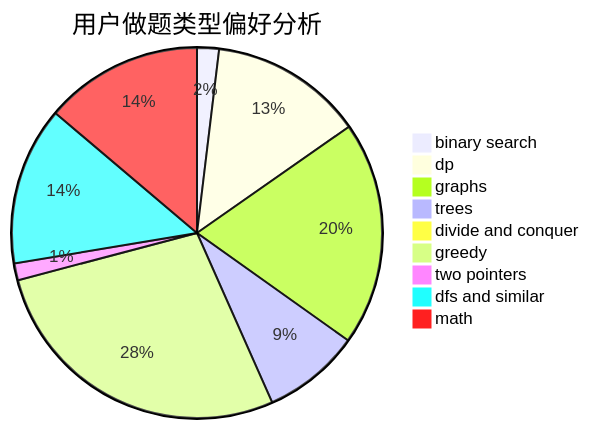
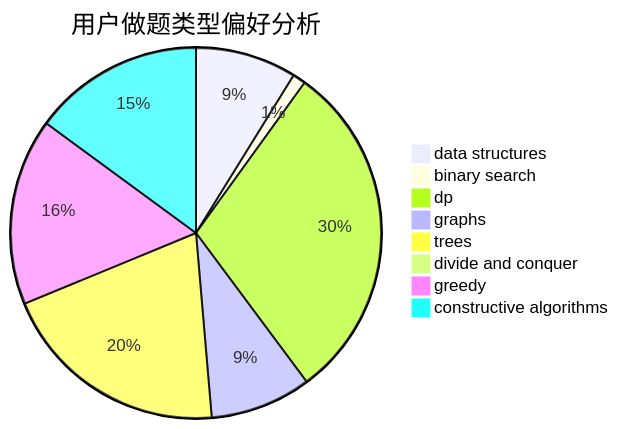
Before and after one commit to sherpahu/cfrs.github.io: the second of 3 diagrams in docs/user/u1693.md, drawn with Mermaid. The commit also changed other lines of this file and 2775 other files, not shown here.

````diff
--- a/docs/user/u1693.md
+++ b/docs/user/u1693.md
@@ -23,12 +23,11 @@
 ```mermaid
 pie title 用户做题类型偏好分析
-    "binary search" :  22
-    "dp" :  154
-    "graphs" :  225
-    "trees" :  98
+    "data structures" :  39
+    "binary search" :  5
+    "dp" :  132
+    "graphs" :  39
+    "trees" :  89
     "divide and conquer" :  0
-    "greedy" :  317
-    "two pointers" :  17
-    "dfs and similar" :  159
-    "math" :  159
+    "greedy" :  72
+    "constructive algorithms" :  66
 ```
````
